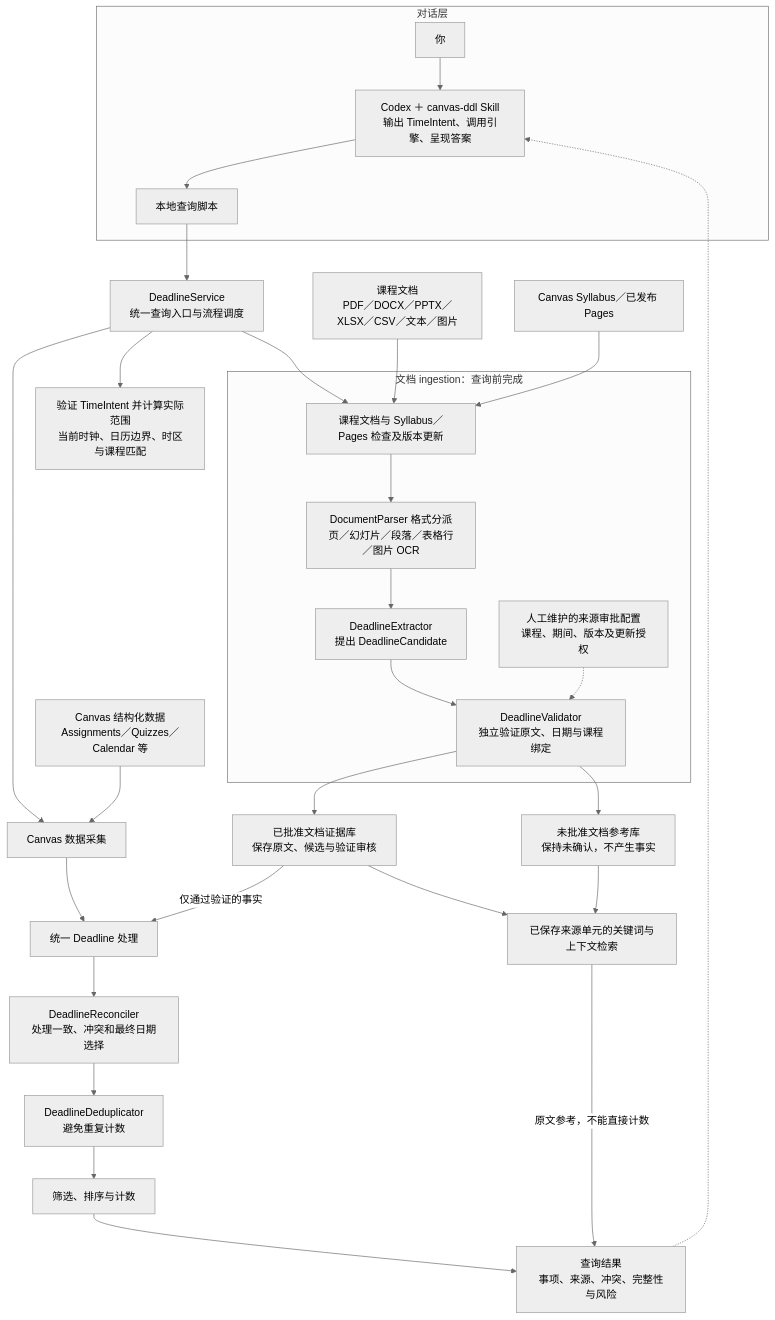
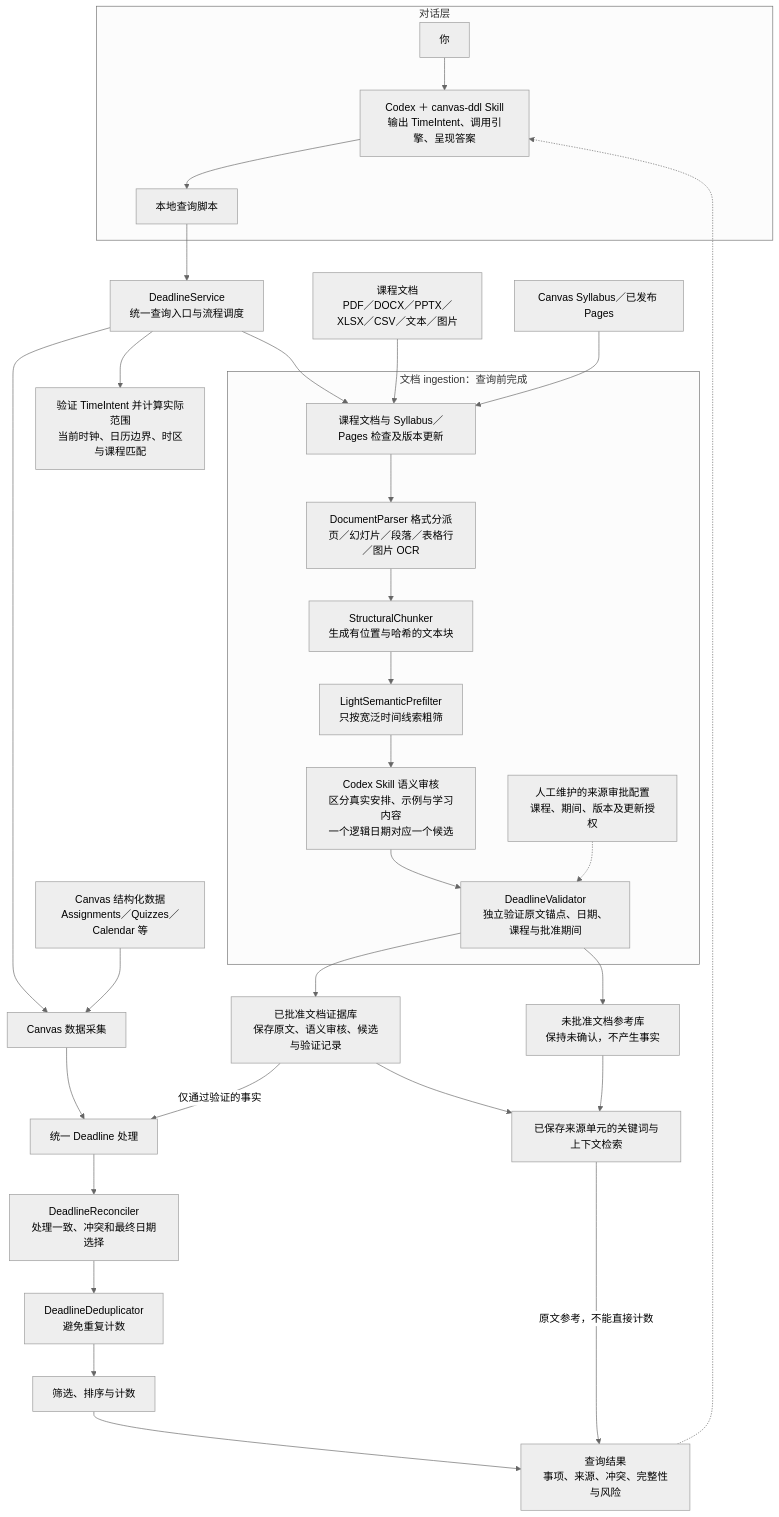
Before and after one commit to zhangleqi04-dev/canvas-ddl: the diagram in docs/CANVAS_DDL_ARCHITECTURE_DIAGRAM.md, drawn with Mermaid (neutral theme). The commit also changed other lines of this file and 24 other files, not shown here.

Commit message:
Add Codex semantic document extraction

````diff
--- a/docs/CANVAS_DDL_ARCHITECTURE_DIAGRAM.md
+++ b/docs/CANVAS_DDL_ARCHITECTURE_DIAGRAM.md
@@ -5,39 +5,41 @@
 ```mermaid
 flowchart TB
     subgraph UI["对话层"]
         U["你"] --> S["Codex ＋ canvas-ddl Skill<br/>输出 TimeIntent、调用引擎、呈现答案"]
         S --> CLI["本地查询脚本"]
     end
 
     CLI --> DS["DeadlineService<br/>统一查询入口与流程调度"]
     DS --> R["验证 TimeIntent 并计算实际范围<br/>当前时钟、日历边界、时区与课程匹配"]
     DS --> CC["Canvas 数据采集"]
     DS --> FR["课程文档与 Syllabus／Pages 检查及版本更新"]
 
     CS["Canvas 结构化数据<br/>Assignments／Quizzes／Calendar 等"] --> CC
     CF["课程文档<br/>PDF／DOCX／PPTX／XLSX／CSV／文本／图片"] --> FR
     CH["Canvas Syllabus／已发布 Pages"] --> FR
 
     subgraph ING["文档 ingestion：查询前完成"]
         FR --> DP["DocumentParser 格式分派<br/>页／幻灯片／段落／表格行／图片 OCR"]
-        DP --> EX["DeadlineExtractor<br/>提出 DeadlineCandidate"]
-        EX --> VA["DeadlineValidator<br/>独立验证原文、日期与课程绑定"]
+        DP --> CHUNK["StructuralChunker<br/>生成有位置与哈希的文本块"]
+        CHUNK --> PF["LightSemanticPrefilter<br/>只按宽泛时间线索粗筛"]
+        PF --> LLM["Codex Skill 语义审核<br/>区分真实安排、示例与学习内容<br/>一个逻辑日期对应一个候选"]
+        LLM --> VA["DeadlineValidator<br/>独立验证原文锚点、日期、课程与批准期间"]
         REG["人工维护的来源审批配置<br/>课程、期间、版本及更新授权"] -.-> VA
     end
 
-    VA --> DB["已批准文档证据库<br/>保存原文、候选与验证审核"]
+    VA --> DB["已批准文档证据库<br/>保存原文、语义审核、候选与验证记录"]
     VA --> PB["未批准文档参考库<br/>保持未确认，不产生事实"]
 
     CC --> FACT["统一 Deadline 处理"]
     DB -->|"仅通过验证的事实"| FACT
     FACT --> REC["DeadlineReconciler<br/>处理一致、冲突和最终日期选择"]
     REC --> DED["DeadlineDeduplicator<br/>避免重复计数"]
     DED --> COUNT["筛选、排序与计数"]
 
     DB --> SEARCH["已保存来源单元的关键词与上下文检索"]
     PB --> SEARCH
 
     COUNT --> OUT["查询结果<br/>事项、来源、冲突、完整性与风险"]
     SEARCH -->|"原文参考，不能直接计数"| OUT
     OUT -.-> S
 ```
````
